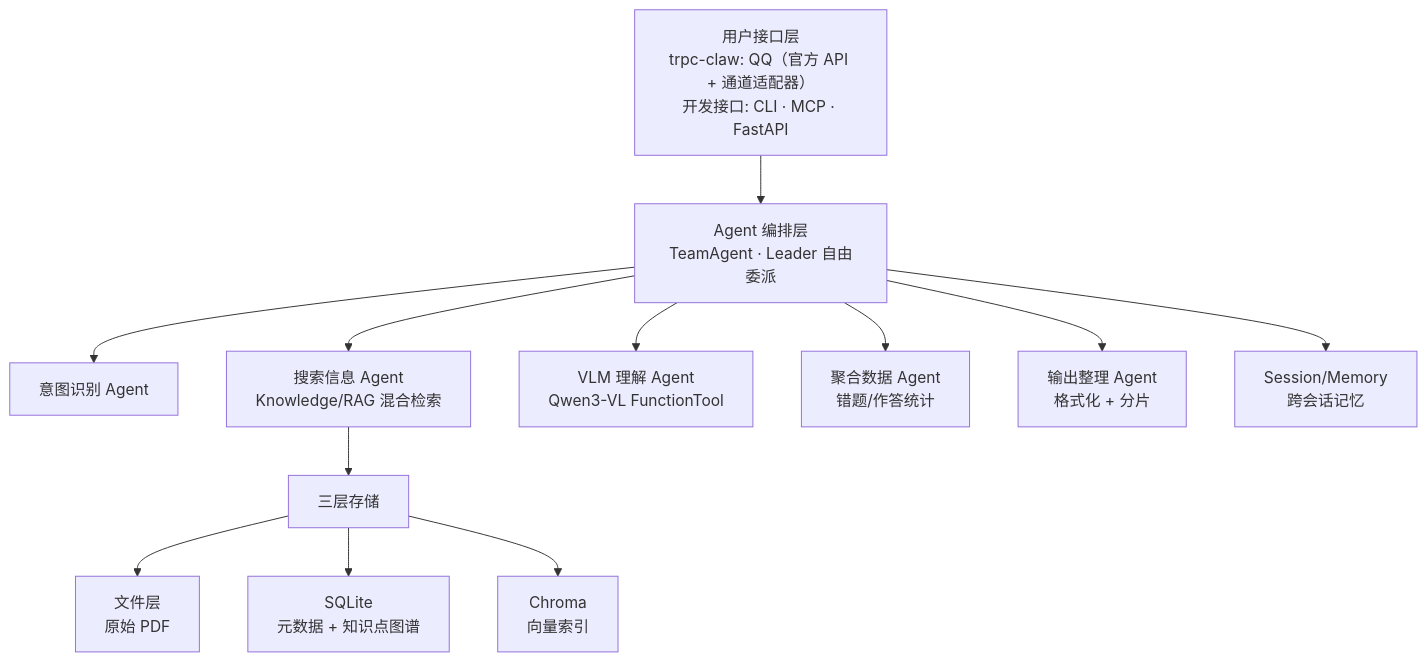
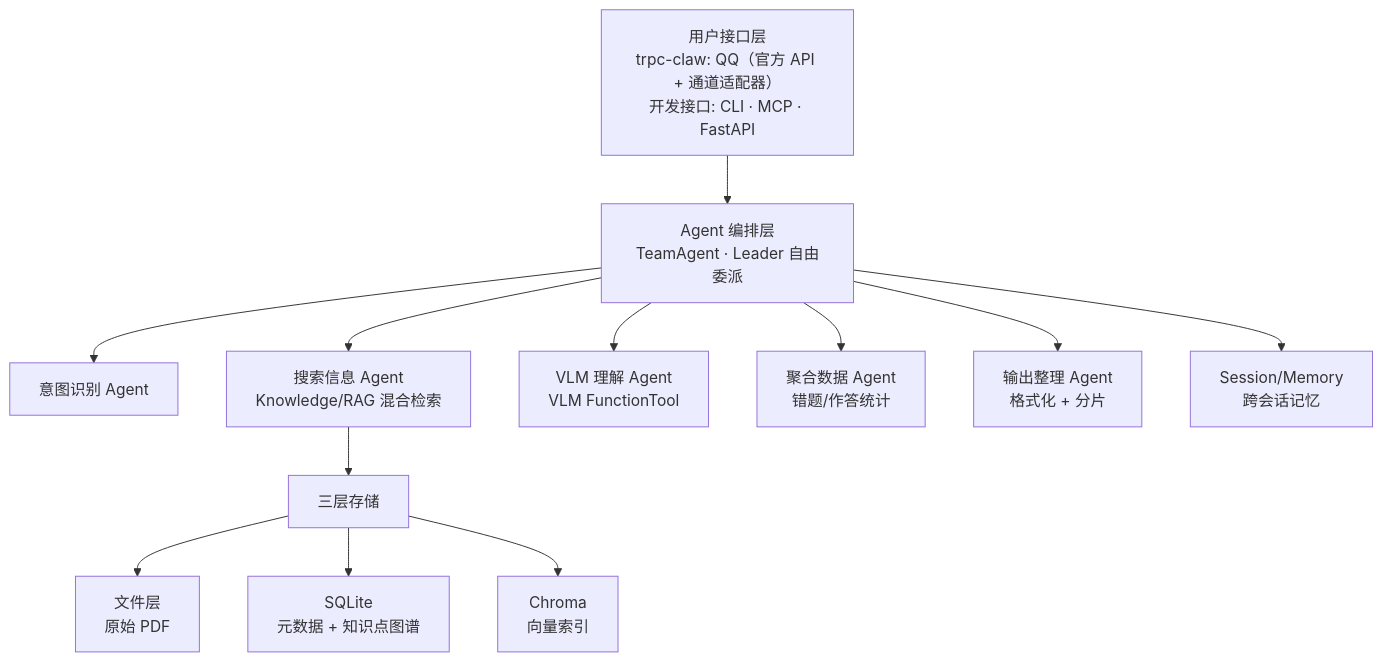
The first of 3 diagrams in docs/architecture.md (ttzc/gaokao_rag), drawn with Mermaid before and after one commit. The commit also changed other lines of this file and 10 other files, not shown here.

First line of the commit message:
feat: VLM 选型切换 Qwen3.7-Flash/Plus，清理 env 桥接，新增 LLM 客户端

````diff
--- a/docs/architecture.md
+++ b/docs/architecture.md
@@ -16,17 +16,17 @@
 ```mermaid
 flowchart TD
     A[用户接口层<br/>trpc-claw: QQ（官方 API + 通道适配器）<br/>开发接口: CLI · MCP · FastAPI] --> B[Agent 编排层<br/>TeamAgent · Leader 自由委派]
 
     B --> C[意图识别 Agent]
     B --> D[搜索信息 Agent<br/>Knowledge/RAG 混合检索]
-    B --> E[VLM 理解 Agent<br/>Qwen3-VL FunctionTool]
+    B --> E[VLM 理解 Agent<br/>VLM FunctionTool]
     B --> F[聚合数据 Agent<br/>错题/作答统计]
     B --> G[输出整理 Agent<br/>格式化 + 分片]
 
     B --> H[Session/Memory<br/>跨会话记忆]
 
     D --> I[三层存储]
     I --> I1[文件层<br/>原始 PDF]
     I --> I2[SQLite<br/>元数据 + 知识点图谱]
     I --> I3[Chroma<br/>向量索引]
 ```
````
